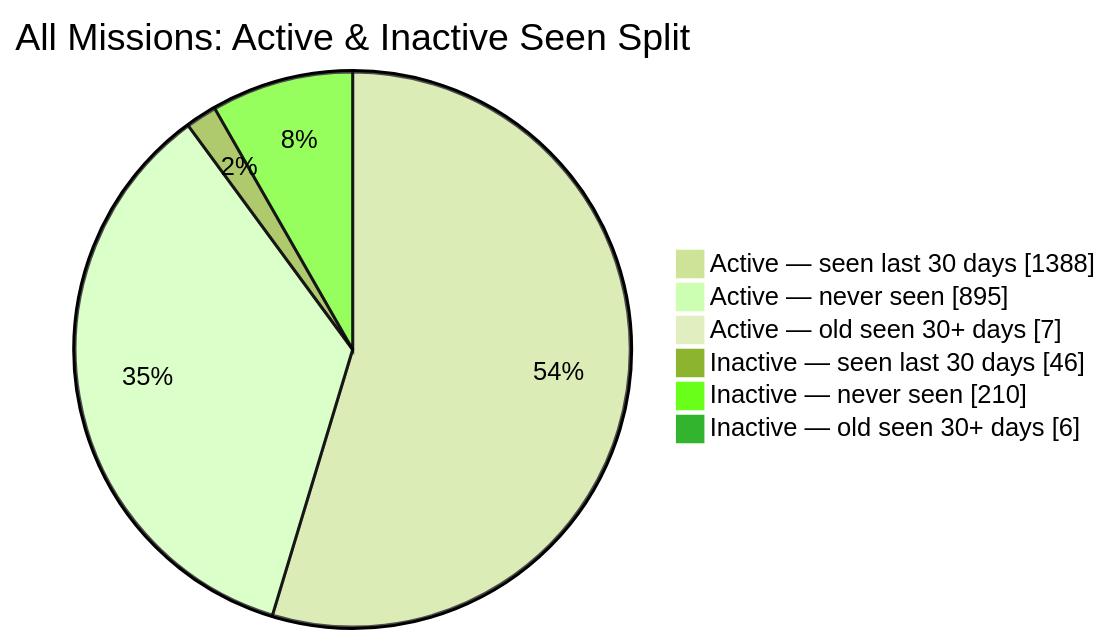
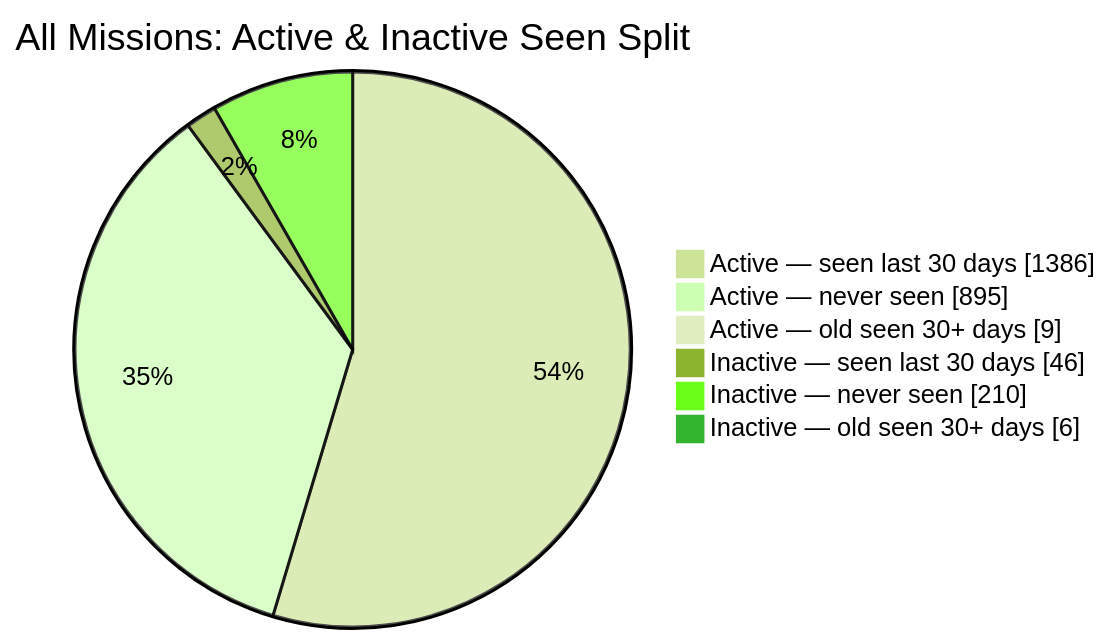
One commit to MeldkamerspelGameTeam/active-missions changed the second of 2 diagrams in README.md. Above: the diagram before and after it, drawn with Mermaid (forest theme). The commit also changed other lines of this file and 3 other files, not shown here.

````diff
--- a/README.md
+++ b/README.md
@@ -44,10 +44,10 @@
 ```mermaid
 pie showData
     title All Missions: Active & Inactive Seen Split
-    "Active — seen last 30 days" : 1388
+    "Active — seen last 30 days" : 1386
     "Active — never seen" : 895
-    "Active — old seen 30+ days" : 7
+    "Active — old seen 30+ days" : 9
     "Inactive — seen last 30 days" : 46
     "Inactive — never seen" : 210
     "Inactive — old seen 30+ days" : 6
 ```
````
